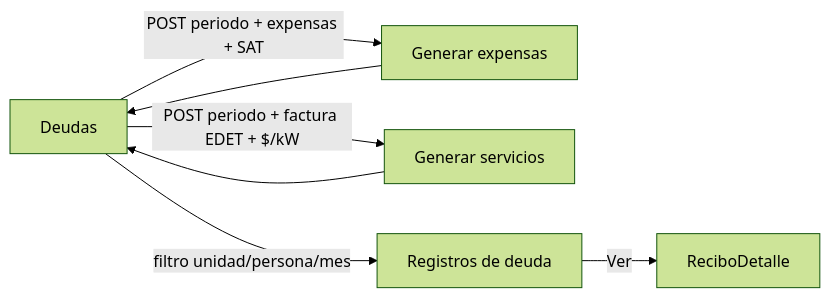
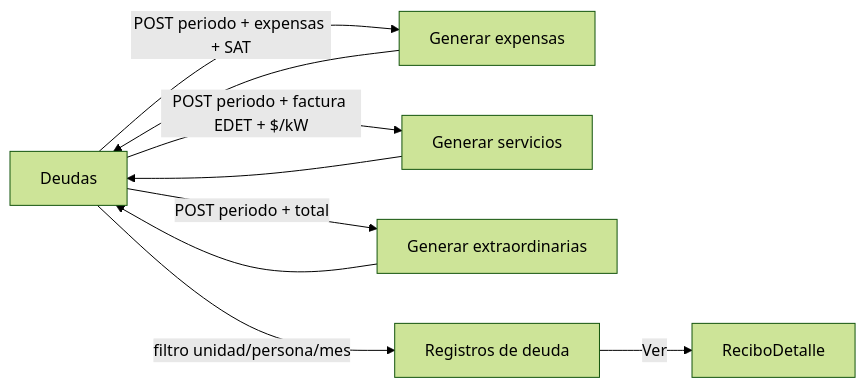
Before and after one commit to dlazarte/recibosGo: the diagram in docs/pantallas/deudas.md, drawn with Mermaid (forest theme). The commit also changed other lines of this file and 10 other files, not shown here.

````diff
--- a/docs/pantallas/deudas.md
+++ b/docs/pantallas/deudas.md
@@ -78,9 +93,11 @@
 ```mermaid
 flowchart LR
   Deudas -->|POST periodo + expensas + SAT| GenExp[Generar expensas]
   Deudas -->|POST periodo + factura EDET + $/kW| GenServ[Generar servicios]
+  Deudas -->|POST periodo + total| GenExt[Generar extraordinarias]
   GenExp --> Deudas
   GenServ --> Deudas
+  GenExt --> Deudas
   Deudas -->|filtro unidad/persona/mes| Tabla[Registros de deuda]
   Tabla -->|Ver| ReciboDetalle
 ```
````
